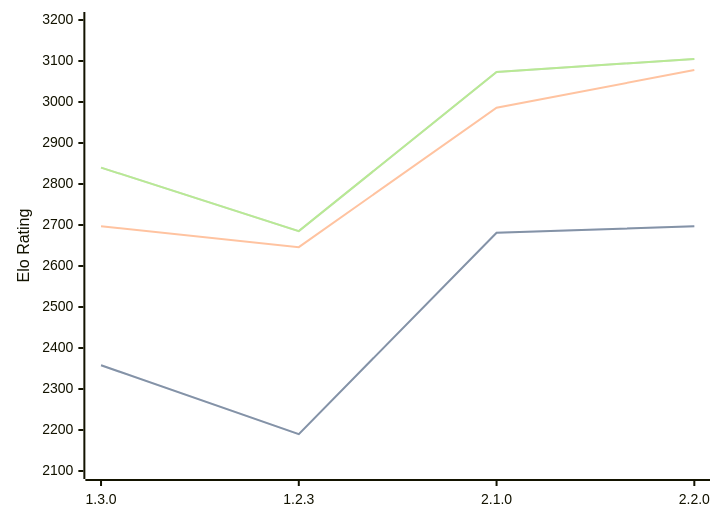
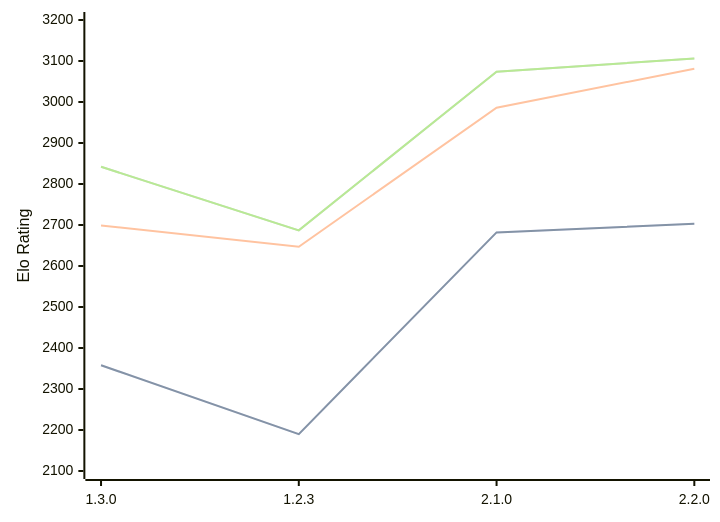
Before and after one commit to computer-chess-index/cci: the diagram in engines/Aspen.md, drawn with Mermaid. The commit also changed other lines of this file, not shown here.

Commit message:
Update CCI Ratings (ELO VLTC) - 2026-08-26

````diff
--- a/engines/Aspen.md
+++ b/engines/Aspen.md
@@ -43,11 +43,11 @@
 ```mermaid
 %%{init: {"theme":"base","themeVariables":{"seriesColors:['#a3a3a3','#222221','#faa371']}}}%%
 xychart-beta
   x-axis ["1.3.0", "1.2.3", "2.1.0", "2.2.0"]
   y-axis "Elo Rating" 2100 --> 3200
-  line "STC (8.0+0.08s)" [2358, 2190, 2681, 2697]
-  line "STC (8.0+0.08s)" [2358, 2190, 2681, 2697]
-  line "LTC (60.0+0.60s)" [2697, 2646, 2986, 3078]
-  line "VLTC (2m24s+1.12s)" [2840, 2685, 3073, 3105]
-  line "VLTC (2m24s+1.12s)" [2840, 2685, 3073, 3105]
+  line "STC (8.0+0.08s)" [2358, 2190, 2682, 2703]
+  line "STC (8.0+0.08s)" [2358, 2190, 2682, 2703]
+  line "LTC (60.0+0.60s)" [2699, 2647, 2986, 3081]
+  line "VLTC (2m24s+1.12s)" [2842, 2687, 3074, 3106]
+  line "VLTC (2m24s+1.12s)" [2842, 2687, 3074, 3106]
 ```
````
